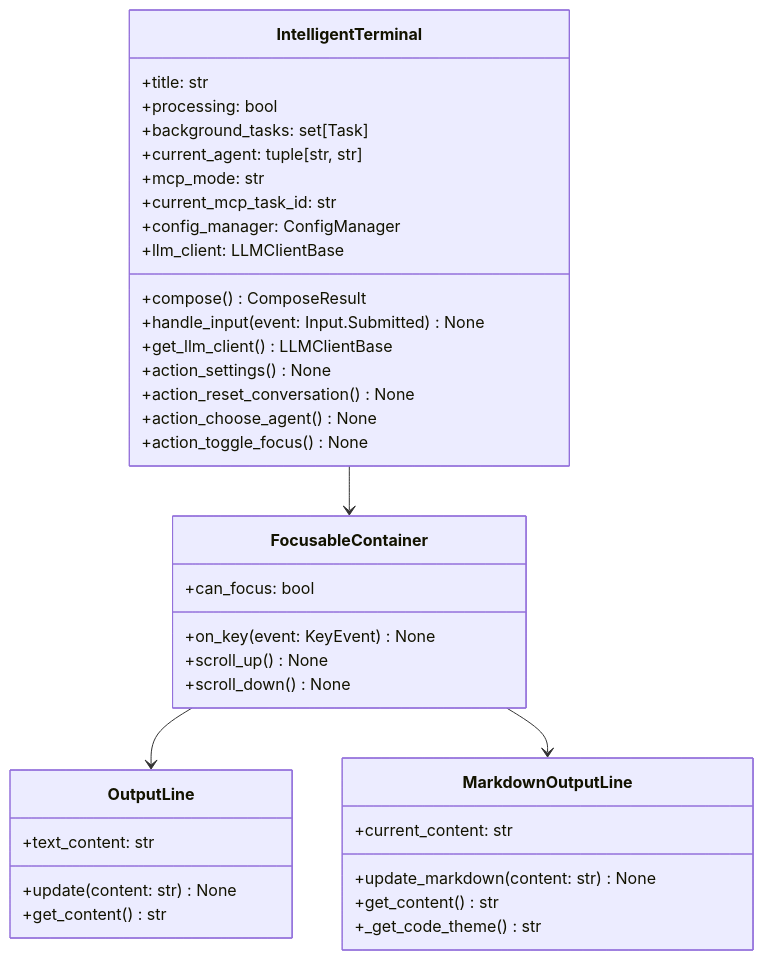
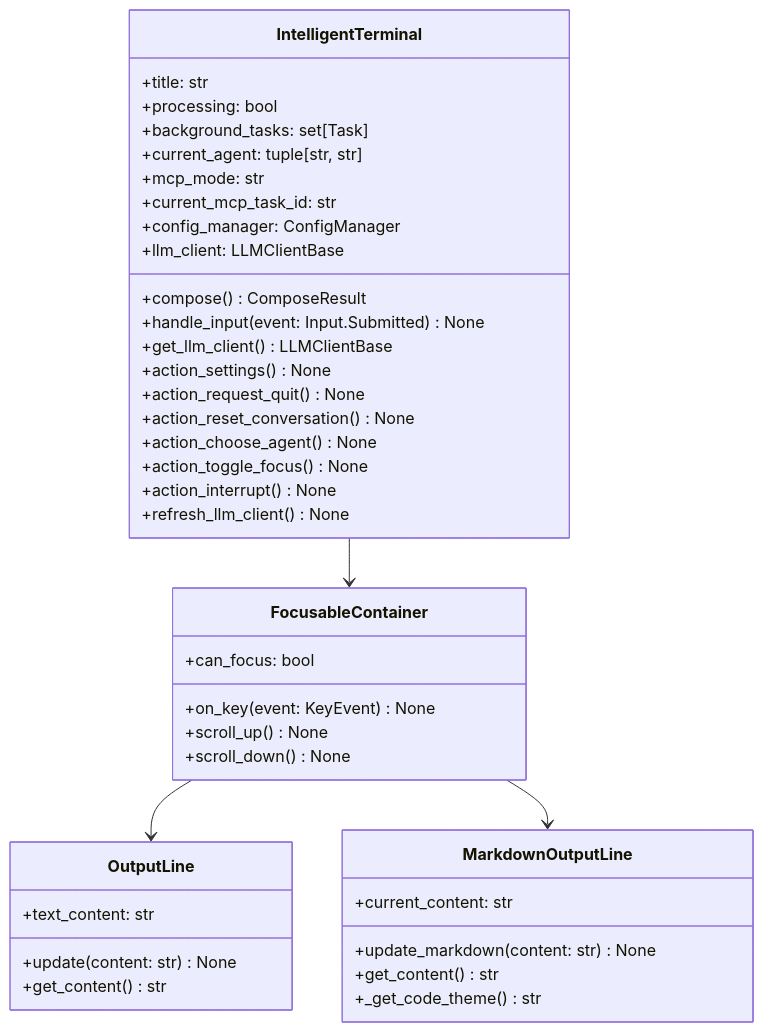
Before and after one commit to HongyuS/euler-copilot-shell: the second of 7 diagrams in docs/development/TUI应用模块设计.md, drawn with Mermaid. The commit also changed other lines of this file and 3 other files, not shown here.

````diff
--- a/docs/development/TUI应用模块设计.md
+++ b/docs/development/TUI应用模块设计.md
@@ -77,44 +78,47 @@
 ```mermaid
 classDiagram
     class IntelligentTerminal {
         +title: str
         +processing: bool
         +background_tasks: set[Task]
         +current_agent: tuple[str, str]
         +mcp_mode: str
         +current_mcp_task_id: str
         +config_manager: ConfigManager
         +llm_client: LLMClientBase
         +compose() ComposeResult
         +handle_input(event: Input.Submitted) None
         +get_llm_client() LLMClientBase
         +action_settings() None
+        +action_request_quit() None
         +action_reset_conversation() None
         +action_choose_agent() None
         +action_toggle_focus() None
+        +action_interrupt() None
+        +refresh_llm_client() None
     }
     
     class FocusableContainer {
         +can_focus: bool
         +on_key(event: KeyEvent) None
         +scroll_up() None
         +scroll_down() None
     }
     
     class OutputLine {
         +text_content: str
         +update(content: str) None
         +get_content() str
     }
     
     class MarkdownOutputLine {
         +current_content: str
         +update_markdown(content: str) None
         +get_content() str
         +_get_code_theme() str
     }
     
     IntelligentTerminal --> FocusableContainer
     FocusableContainer --> OutputLine
     FocusableContainer --> MarkdownOutputLine
 ```
````
